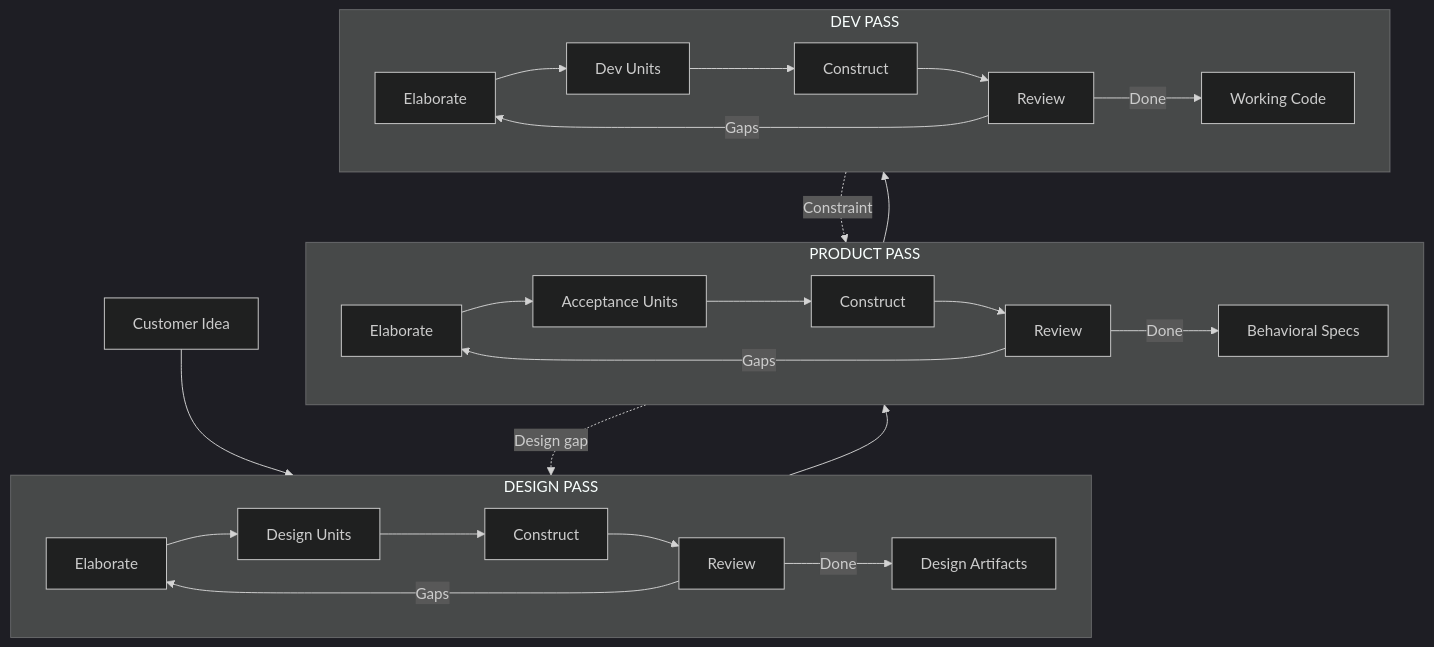
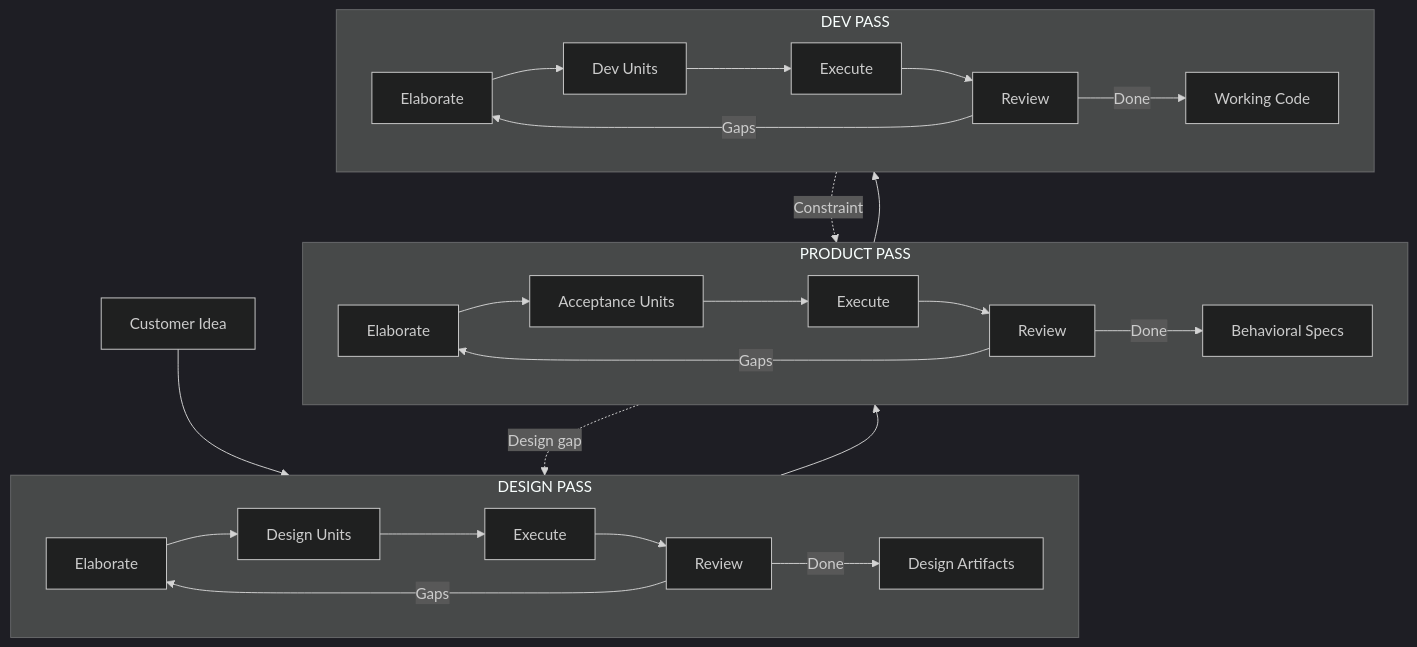
Before and after one commit to jwaldrip/haiku-method: the sixth of 14 diagrams in website/content/papers/ai-dlc-2026.md, drawn with Mermaid (dark theme). The commit also changed other lines of this file and 34 other files, not shown here.

````diff
--- a/website/content/papers/ai-dlc-2026.md
+++ b/website/content/papers/ai-dlc-2026.md
@@ -328,37 +348,37 @@
 ```mermaid
 flowchart TB
     IDEA["Customer Idea"] --> DP
 
     subgraph DP["DESIGN PASS"]
         direction LR
         D1["Elaborate"] --> D2["Design Units"]
-        D2 --> D3["Construct"]
+        D2 --> D3["Execute"]
         D3 --> D4["Review"]
         D4 -->|"Gaps"| D1
         D4 -->|"Done"| DART["Design Artifacts"]
     end
 
     DART --> PP
 
     subgraph PP["PRODUCT PASS"]
         direction LR
         P1["Elaborate"] --> P2["Acceptance Units"]
-        P2 --> P3["Construct"]
+        P2 --> P3["Execute"]
         P3 --> P4["Review"]
         P4 -->|"Gaps"| P1
         P4 -.->|"Design gap"| D1
         P4 -->|"Done"| PART["Behavioral Specs"]
     end
 
     PART --> EP
 
     subgraph EP["DEV PASS"]
         direction LR
         E1["Elaborate"] --> E2["Dev Units"]
-        E2 --> E3["Construct"]
+        E2 --> E3["Execute"]
         E3 --> E4["Review"]
         E4 -->|"Gaps"| E1
         E4 -.->|"Constraint"| P1
         E4 -->|"Done"| CODE["Working Code"]
     end
 ```
````
